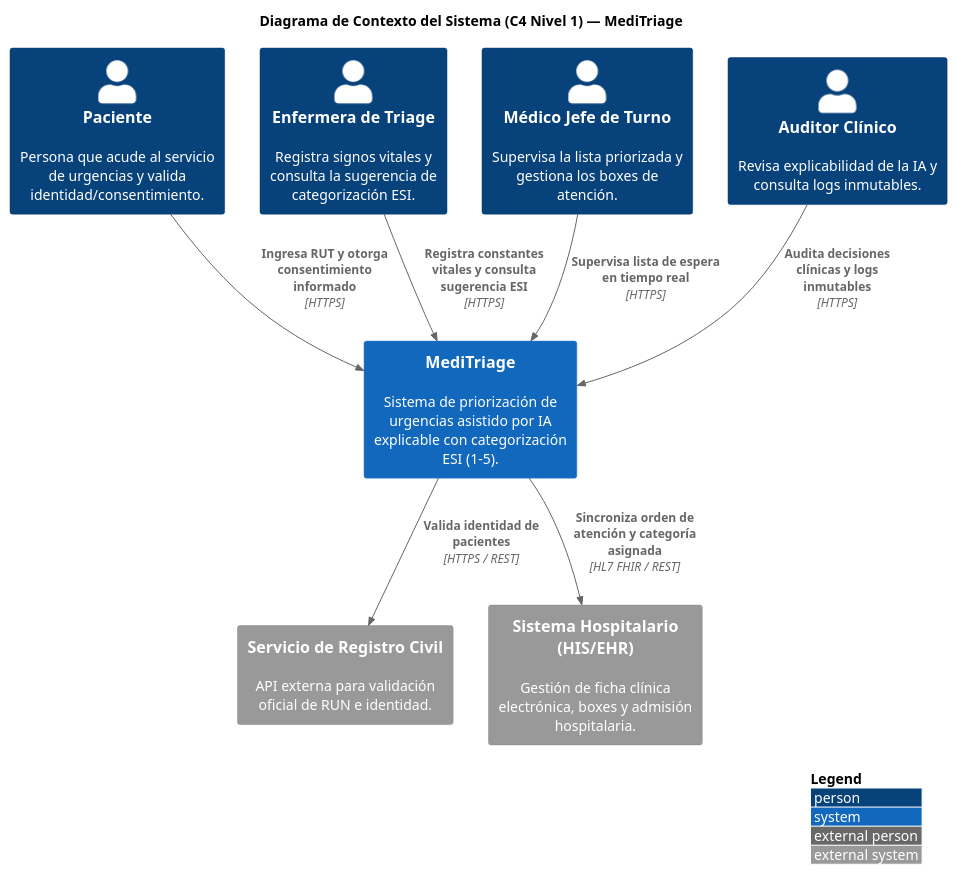
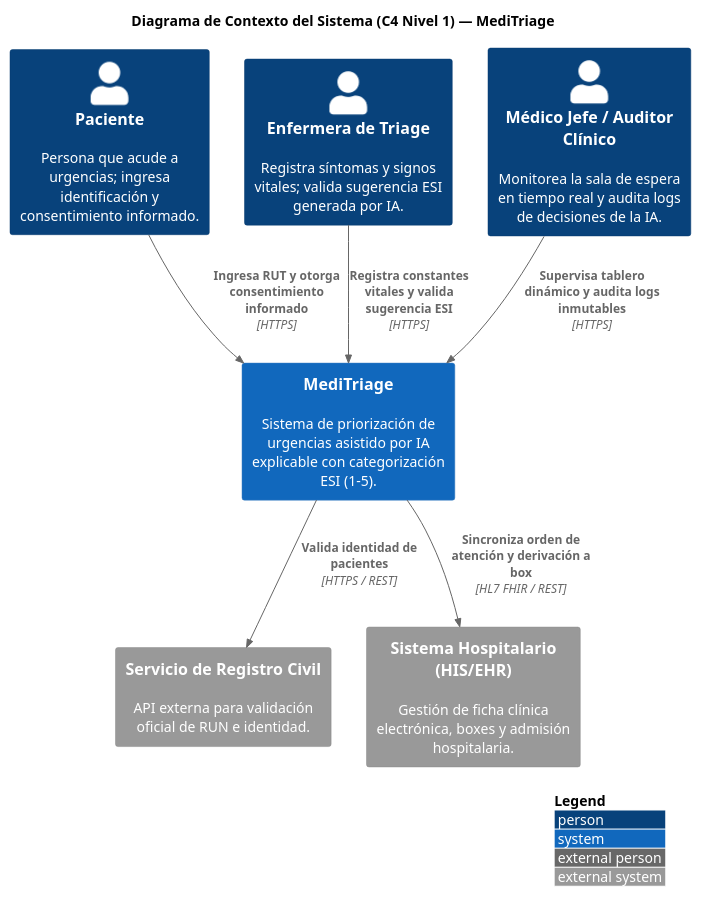
One commit to DrrFunky/equipo-ESSIA-meditriage changed the diagram in docs/c4/l1-context.puml. Above: the diagram before and after it, drawn with PlantUML.

```diff
--- a/docs/c4/l1-context.puml
+++ b/docs/c4/l1-context.puml
@@ -1,26 +1,24 @@
 @startuml l1-context
 !include https://raw.githubusercontent.com/plantuml-stdlib/C4-PlantUML/master/C4_Context.puml
 
 LAYOUT_WITH_LEGEND()
 
 title Diagrama de Contexto del Sistema (C4 Nivel 1) — MediTriage
 
-Person(paciente, "Paciente", "Persona que acude al servicio de urgencias y valida identidad/consentimiento.")
-Person(enfermera, "Enfermera de Triage", "Registra signos vitales y consulta la sugerencia de categorización ESI.")
-Person(medico, "Médico Jefe de Turno", "Supervisa la lista priorizada y gestiona los boxes de atención.")
-Person(auditor, "Auditor Clínico", "Revisa explicabilidad de la IA y consulta logs inmutables.")
+Person(paciente, "Paciente", "Persona que acude a urgencias; ingresa identificación y consentimiento informado.")
+Person(enfermera, "Enfermera de Triage", "Registra síntomas y signos vitales; valida sugerencia ESI generada por IA.")
+Person(medico_auditor, "Médico Jefe / Auditor Clínico", "Monitorea la sala de espera en tiempo real y audita logs de decisiones de la IA.")
 
 System(meditriage, "MediTriage", "Sistema de priorización de urgencias asistido por IA explicable con categorización ESI (1-5).")
 
 System_Ext(reg_civil, "Servicio de Registro Civil", "API externa para validación oficial de RUN e identidad.")
 System_Ext(his, "Sistema Hospitalario (HIS/EHR)", "Gestión de ficha clínica electrónica, boxes y admisión hospitalaria.")
 
 Rel(paciente, meditriage, "Ingresa RUT y otorga consentimiento informado", "HTTPS")
-Rel(enfermera, meditriage, "Registra constantes vitales y consulta sugerencia ESI", "HTTPS")
-Rel(medico, meditriage, "Supervisa lista de espera en tiempo real", "HTTPS")
-Rel(auditor, meditriage, "Audita decisiones clínicas y logs inmutables", "HTTPS")
+Rel(enfermera, meditriage, "Registra constantes vitales y valida sugerencia ESI", "HTTPS")
+Rel(medico_auditor, meditriage, "Supervisa tablero dinámico y audita logs inmutables", "HTTPS")
 
 Rel(meditriage, reg_civil, "Valida identidad de pacientes", "HTTPS / REST")
-Rel(meditriage, his, "Sincroniza orden de atención y categoría asignada", "HL7 FHIR / REST")
+Rel(meditriage, his, "Sincroniza orden de atención y derivación a box", "HL7 FHIR / REST")
 
 @enduml
```
